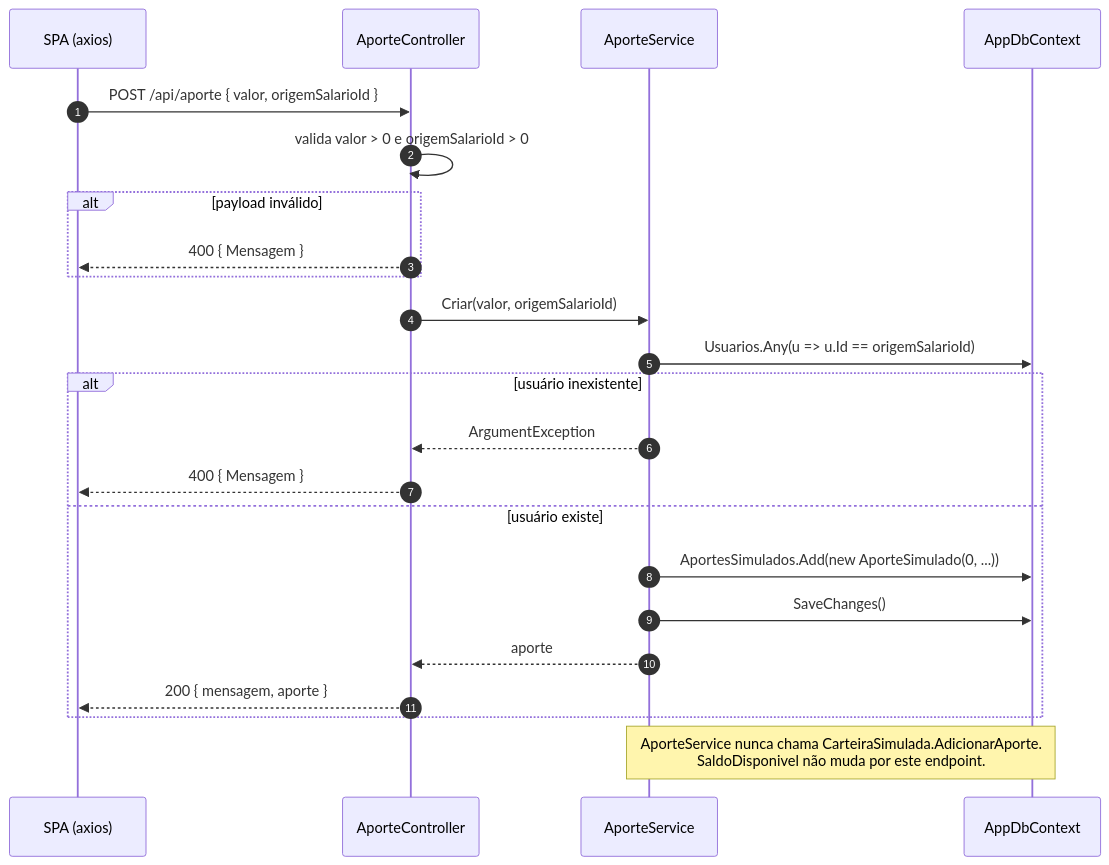
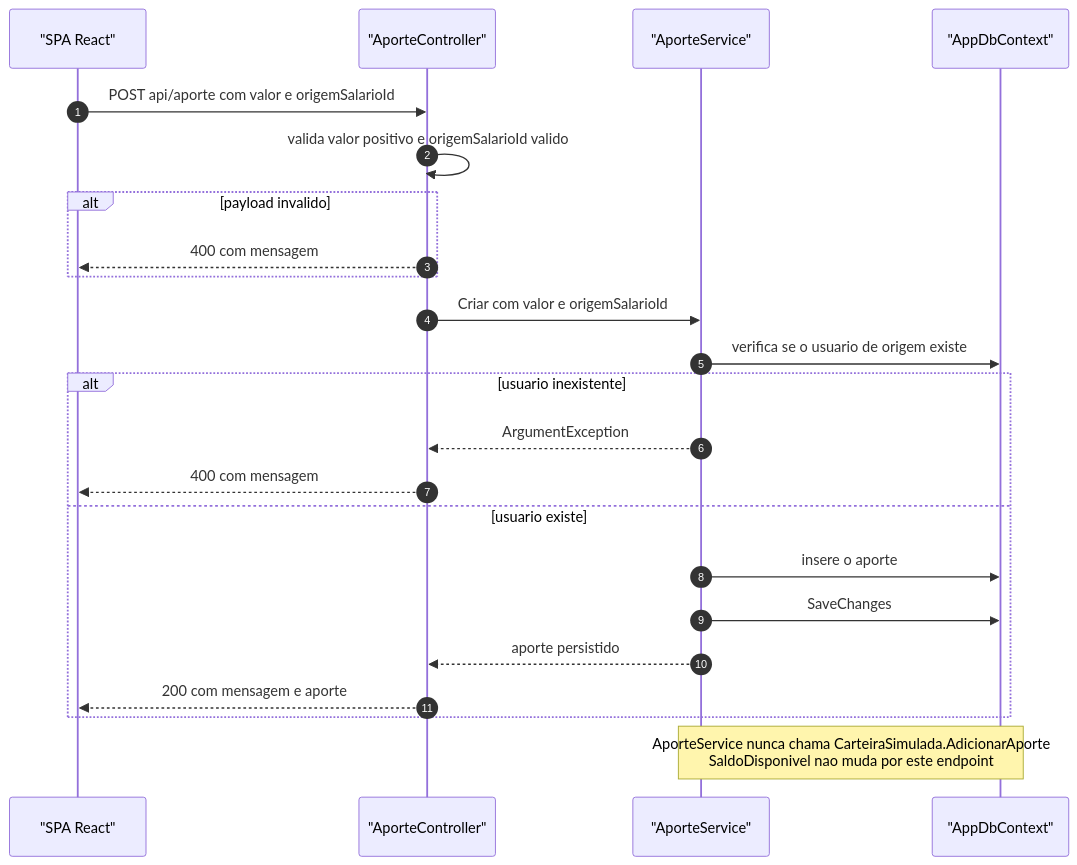
One commit to Carlos-Florenzano/Portfy changed the sixth of 8 diagrams in docs/diagrama.md. Above: the diagram before and after it, drawn with Mermaid. The commit also changed other lines of this file, not shown here.

Commit message:
Ajustes do diagrama.md base

````diff
--- a/docs/diagrama.md
+++ b/docs/diagrama.md
@@ -231,30 +234,30 @@
 ```mermaid
 sequenceDiagram
     autonumber
-    participant SPA as SPA (axios)
-    participant C as AporteController
-    participant S as AporteService
-    participant DB as AppDbContext
+    participant SPA as "SPA React"
+    participant C as "AporteController"
+    participant S as "AporteService"
+    participant DB as "AppDbContext"
 
-    SPA->>C: POST /api/aporte { valor, origemSalarioId }
-    C->>C: valida valor > 0 e origemSalarioId > 0
+    SPA->>C: POST api/aporte com valor e origemSalarioId
+    C->>C: valida valor positivo e origemSalarioId valido
 
-    alt payload inválido
-        C-->>SPA: 400 { Mensagem }
+    alt payload invalido
+        C-->>SPA: 400 com mensagem
     end
 
-    C->>S: Criar(valor, origemSalarioId)
-    S->>DB: Usuarios.Any(u => u.Id == origemSalarioId)
+    C->>S: Criar com valor e origemSalarioId
+    S->>DB: verifica se o usuario de origem existe
 
-    alt usuário inexistente
+    alt usuario inexistente
         S-->>C: ArgumentException
-        C-->>SPA: 400 { Mensagem }
-    else usuário existe
-        S->>DB: AportesSimulados.Add(new AporteSimulado(0, ...))
-        S->>DB: SaveChanges()
-        S-->>C: aporte
-        C-->>SPA: 200 { mensagem, aporte }
+        C-->>SPA: 400 com mensagem
+    else usuario existe
+        S->>DB: insere o aporte
+        S->>DB: SaveChanges
+        S-->>C: aporte persistido
+        C-->>SPA: 200 com mensagem e aporte
     end
 
-    Note over S,DB: AporteService nunca chama CarteiraSimulada.AdicionarAporte.<br/>SaldoDisponivel não muda por este endpoint.
+    Note over S,DB: AporteService nunca chama CarteiraSimulada.AdicionarAporte<br/>SaldoDisponivel nao muda por este endpoint
 ```
````
